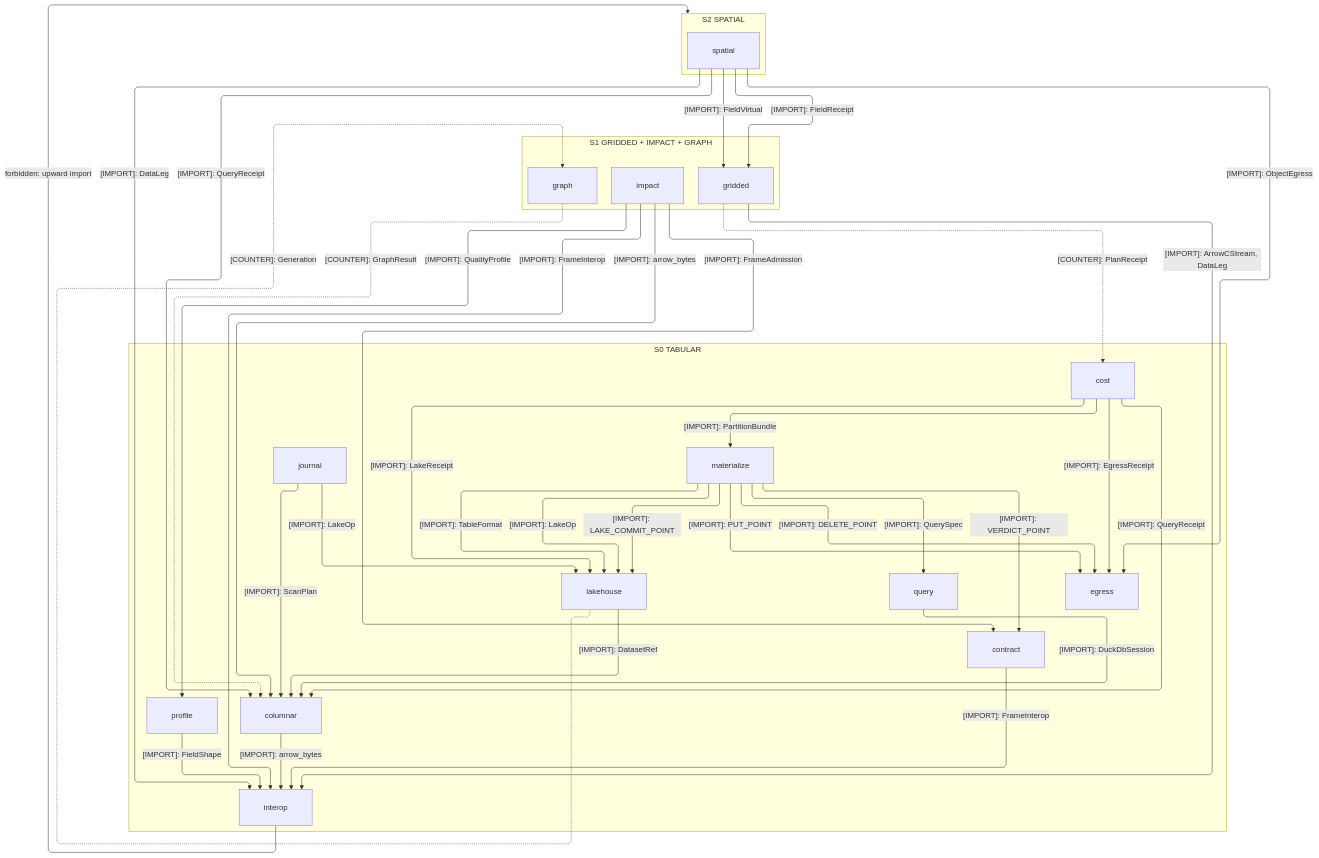
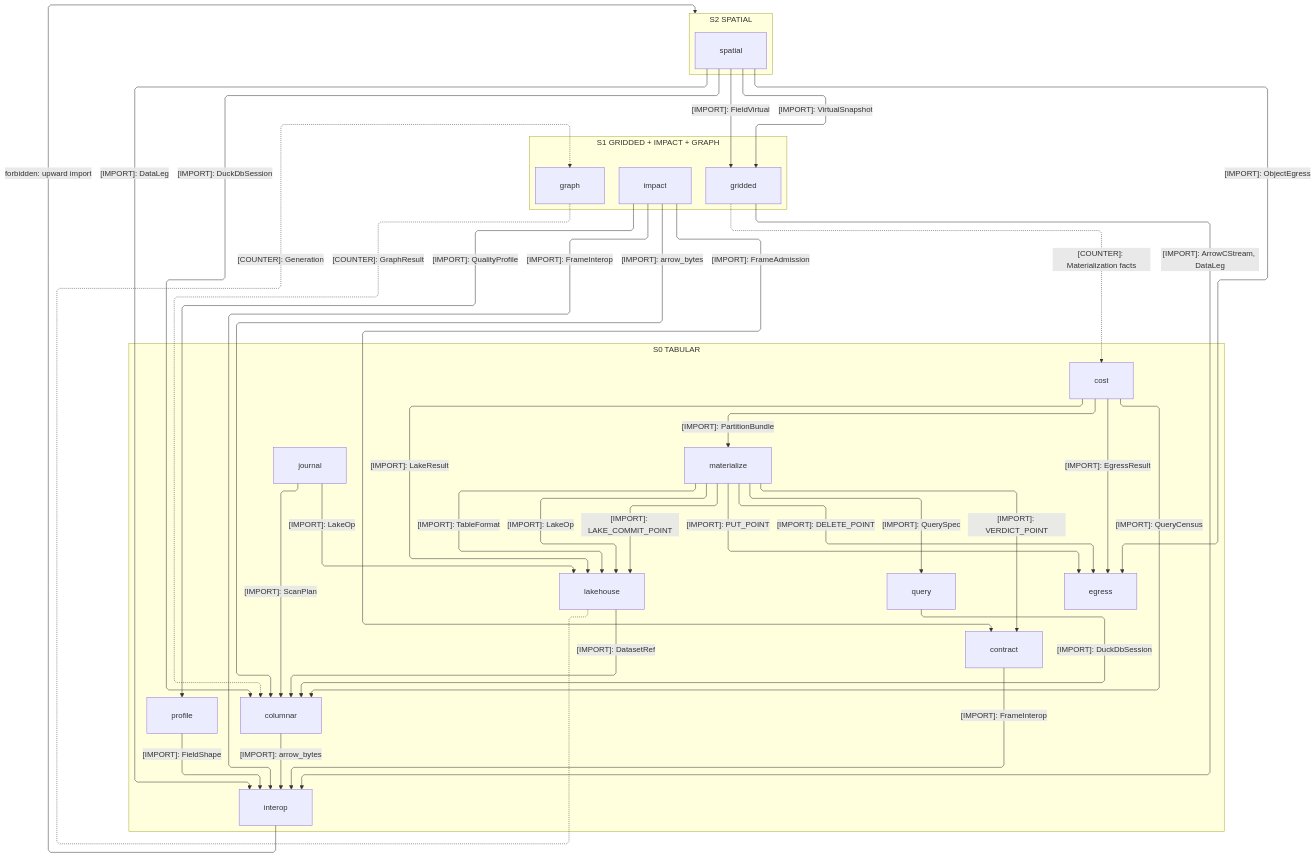
One commit to bsamiee/Rasm changed the first of 5 diagrams in libs/python/data/ARCHITECTURE.md. Above: the diagram before and after it, drawn with Mermaid. The commit also changed other lines of this file and 1417 other files, not shown here.

````diff
--- a/libs/python/data/ARCHITECTURE.md
+++ b/libs/python/data/ARCHITECTURE.md
@@ -48,64 +48,64 @@
 ```mermaid
 ---
 config:
   layout: elk
   flowchart:
     curve: linear
     padding: 25
 ---
 flowchart TB
     accTitle: Data interior import strata
-    accDescr: How the data interior ranks over the tabular floor, the dashed GraphResult and PlanReceipt counter-edges carrying wire data downward.
+    accDescr: How the data interior ranks over the tabular floor, the dashed GraphResult and Materialization counter-edges carrying wire data downward.
     subgraph D2["S2 SPATIAL"]
         Spatial[spatial]
     end
     subgraph D1["S1 GRIDDED + IMPACT + GRAPH"]
         Graph[graph]
         Impact[impact]
         Gridded[gridded]
     end
     subgraph D0["S0 TABULAR"]
         Journal[journal]
         Cost[cost]
         Egress[egress]
         Materialize[materialize]
         Query[query]
         Lakehouse[lakehouse]
         Columnar[columnar]
         Contract[contract]
         Profile[profile]
         Interop[interop]
     end
-    Spatial e1@-->|"[IMPORT]: QueryReceipt"| Columnar
+    Spatial e1@-->|"[IMPORT]: DuckDbSession"| Columnar
     Spatial e30@-->|"[IMPORT]: DataLeg"| Interop
     Spatial e2@-->|"[IMPORT]: ObjectEgress"| Egress
     Spatial e3@-->|"[IMPORT]: FieldVirtual"| Gridded
-    Spatial e4@-->|"[IMPORT]: FieldReceipt"| Gridded
+    Spatial e4@-->|"[IMPORT]: VirtualSnapshot"| Gridded
     Gridded e5@-->|"[IMPORT]: ArrowCStream, DataLeg"| Interop
     Impact e6@-->|"[IMPORT]: FrameAdmission"| Contract
     Impact e7@-->|"[IMPORT]: QualityProfile"| Profile
     Impact e8@-->|"[IMPORT]: FrameInterop"| Interop
     Impact e9@-->|"[IMPORT]: arrow_bytes"| Columnar
     Graph e10@-.->|"[COUNTER]: GraphResult"| Columnar
     Lakehouse e31@-.->|"[COUNTER]: Generation"| Graph
     Journal e11@-->|"[IMPORT]: LakeOp"| Lakehouse
     Journal e12@-->|"[IMPORT]: ScanPlan"| Columnar
     Materialize e13@-->|"[IMPORT]: QuerySpec"| Query
     Materialize e14@-->|"[IMPORT]: TableFormat"| Lakehouse
     Materialize e15@-->|"[IMPORT]: LakeOp"| Lakehouse
     Materialize e16@-->|"[IMPORT]: LAKE_COMMIT_POINT"| Lakehouse
     Materialize e17@-->|"[IMPORT]: VERDICT_POINT"| Contract
     Materialize e18@-->|"[IMPORT]: PUT_POINT"| Egress
     Materialize e19@-->|"[IMPORT]: DELETE_POINT"| Egress
     Query e20@-->|"[IMPORT]: DuckDbSession"| Columnar
     Lakehouse e21@-->|"[IMPORT]: DatasetRef"| Columnar
     Contract e22@-->|"[IMPORT]: FrameInterop"| Interop
     Columnar e23@-->|"[IMPORT]: arrow_bytes"| Interop
     Profile e24@-->|"[IMPORT]: FieldShape"| Interop
-    Cost e25@-->|"[IMPORT]: QueryReceipt"| Columnar
-    Cost e26@-->|"[IMPORT]: LakeReceipt"| Lakehouse
+    Cost e25@-->|"[IMPORT]: QueryCensus"| Columnar
+    Cost e26@-->|"[IMPORT]: LakeResult"| Lakehouse
     Cost e27@-->|"[IMPORT]: PartitionBundle"| Materialize
-    Cost e28@-->|"[IMPORT]: EgressReceipt"| Egress
-    Gridded e29@-.->|"[COUNTER]: PlanReceipt"| Cost
+    Cost e28@-->|"[IMPORT]: EgressResult"| Egress
+    Gridded e29@-.->|"[COUNTER]: Materialization facts"| Cost
     Interop f1@-->|"forbidden: upward import"| D2
 ```
````
